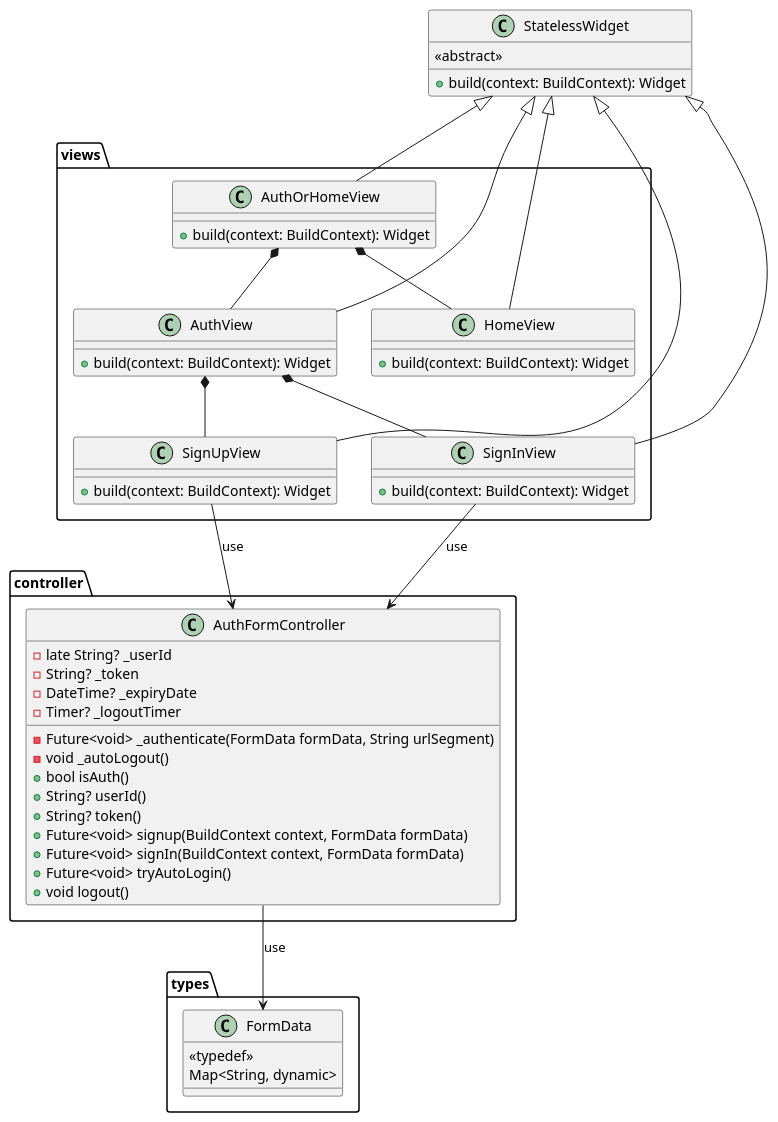
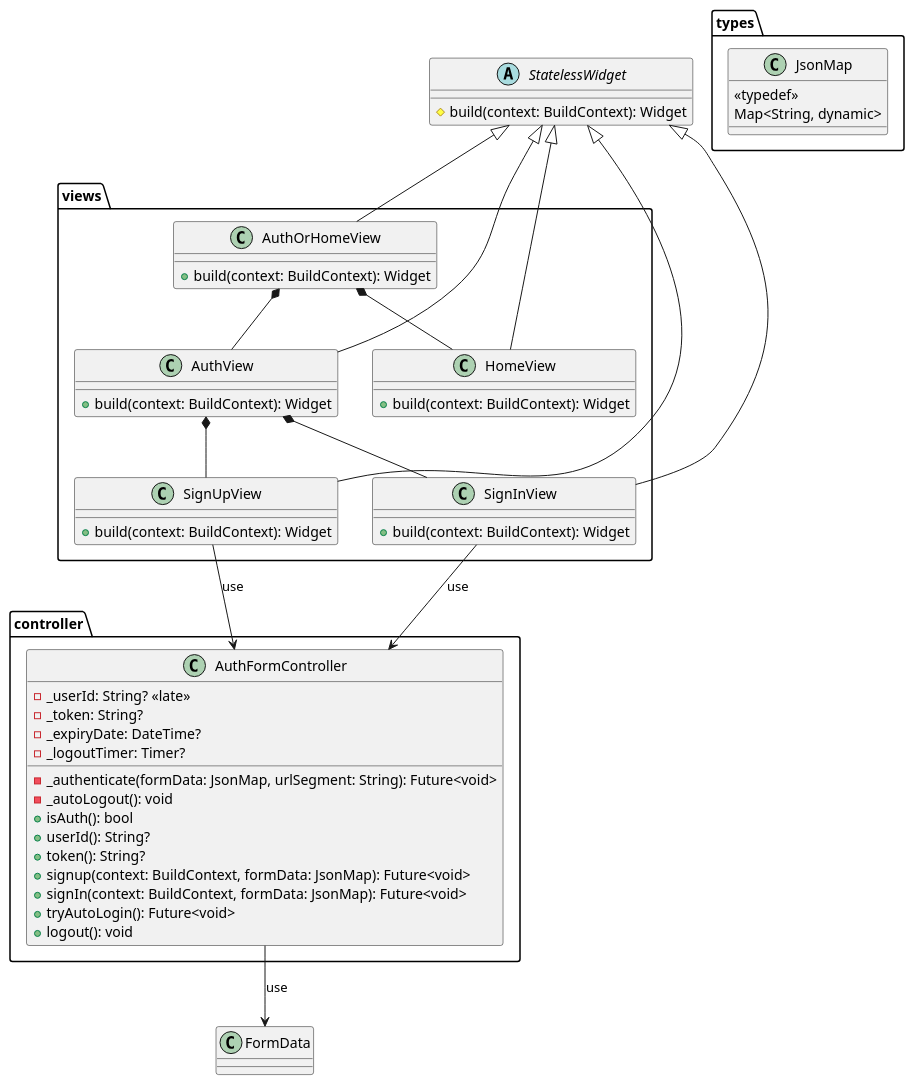
The diagram in docs/diagrams/src/pe_na_pedra_class_diagram_5.plantuml (tiagors09/pe_na_pedra), drawn with PlantUML before and after one commit. The commit also changed 8 other files, not shown here.

Commit message:
refactor: :recycle: refactor class diagram plantuml code

```diff
--- a/docs/diagrams/src/pe_na_pedra_class_diagram_5.plantuml
+++ b/docs/diagrams/src/pe_na_pedra_class_diagram_5.plantuml
@@ -1,65 +1,64 @@
 @startuml pe_na_pedra_class_diagram_5
-class StatelessWidget {
-  <<abstract>>
-  + build(context: BuildContext): Widget
+abstract class StatelessWidget {
+  # build(context: BuildContext): Widget
 }
 
 package views {
   class AuthOrHomeView {
-      + build(context: BuildContext): Widget
+    + build(context: BuildContext): Widget
   }
   class AuthView {
-      + build(context: BuildContext): Widget
+    + build(context: BuildContext): Widget
   }
   class HomeView {
-      + build(context: BuildContext): Widget
+    + build(context: BuildContext): Widget
   }
   class SignUpView {
-      + build(context: BuildContext): Widget
+    + build(context: BuildContext): Widget
   }
   class SignInView {
-      + build(context: BuildContext): Widget
+    + build(context: BuildContext): Widget
   }
 }
 
 StatelessWidget <|-- AuthOrHomeView
 StatelessWidget <|-- AuthView
 StatelessWidget <|-- HomeView
 StatelessWidget <|-- SignUpView
 StatelessWidget <|-- SignInView
 AuthOrHomeView *-- AuthView
 AuthOrHomeView *-- HomeView
 AuthView *-- SignUpView
 AuthView *-- SignInView
 
 package controller {
   class AuthFormController {
-    - late String? _userId
-    - String? _token
-    - DateTime? _expiryDate
-    - Timer? _logoutTimer
+    - _userId: String? <<late>>
+    - _token: String?
+    - _expiryDate: DateTime?
+    - _logoutTimer: Timer?
 
-    - Future<void> _authenticate(FormData formData, String urlSegment)
-    - void _autoLogout()
-    + bool isAuth()
-    + String? userId()
-    + String? token()
-    + Future<void> signup(BuildContext context, FormData formData)
-    + Future<void> signIn(BuildContext context, FormData formData)
-    + Future<void> tryAutoLogin()
-    + void logout()
+    - _authenticate(formData: JsonMap, urlSegment: String): Future<void>
+    - _autoLogout(): void
+    + isAuth(): bool
+    + userId(): String?
+    + token(): String?
+    + signup(context: BuildContext, formData: JsonMap): Future<void>
+    + signIn(context: BuildContext, formData: JsonMap): Future<void>
+    + tryAutoLogin(): Future<void>
+    + logout(): void
   }
 }
 
 package types {
-  class FormData {
+  class JsonMap {
     <<typedef>>
     Map<String, dynamic>
   }
 }
 
 AuthFormController --> FormData : use
 
 SignUpView --> AuthFormController : use
 SignInView --> AuthFormController : use
 @enduml
```
